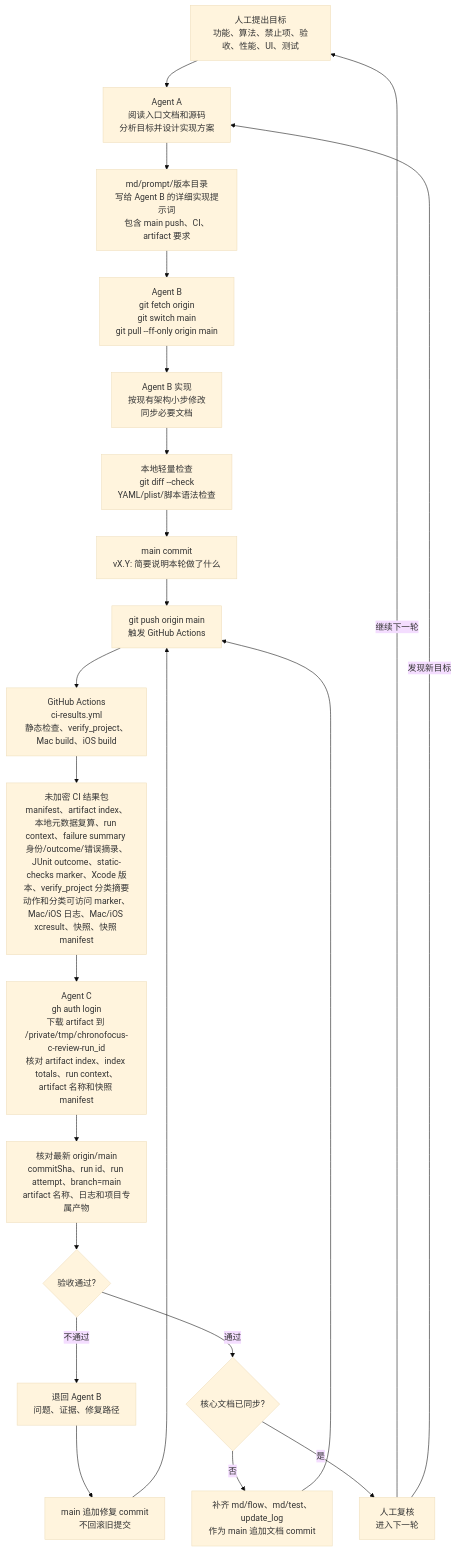
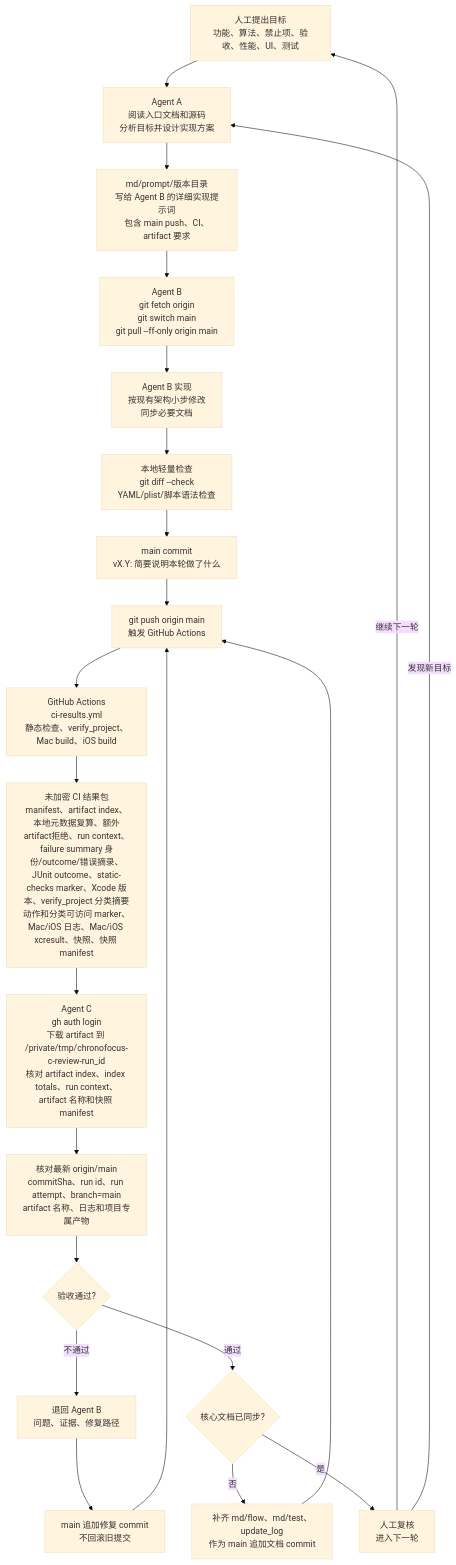
One commit to Altman-sam114/114 changed the fifth of 6 diagrams in md/flow/flowchart.md. Above: the diagram before and after it, drawn with Mermaid (base theme). The commit also changed other lines of this file and 7 other files, not shown here.

````diff
--- a/md/flow/flowchart.md
+++ b/md/flow/flowchart.md
@@ -102,24 +102,24 @@
 ```mermaid
 flowchart TD
   H["人工提出目标<br/>功能、算法、禁止项、验收、性能、UI、测试"] --> A["Agent A<br/>阅读入口文档和源码<br/>分析目标并设计实现方案"]
   A --> P["md/prompt/版本目录<br/>写给 Agent B 的详细实现提示词<br/>包含 main push、CI、artifact 要求"]
   P --> B0["Agent B<br/>git fetch origin<br/>git switch main<br/>git pull --ff-only origin main"]
   B0 --> B1["Agent B 实现<br/>按现有架构小步修改<br/>同步必要文档"]
   B1 --> L["本地轻量检查<br/>git diff --check<br/>YAML/plist/脚本语法检查"]
   L --> G["main commit<br/>vX.Y: 简要说明本轮做了什么"]
   G --> PUSH["git push origin main<br/>触发 GitHub Actions"]
   PUSH --> CI["GitHub Actions<br/>ci-results.yml<br/>静态检查、verify_project、Mac build、iOS build"]
-  CI --> ART["未加密 CI 结果包<br/>manifest、artifact index、本地元数据复算、run context、failure summary 身份/outcome/错误摘录、JUnit outcome、static-checks marker、Xcode 版本、verify_project 分类摘要动作和分类可访问 marker、Mac/iOS 日志、Mac/iOS xcresult、快照、快照 manifest"]
+  CI --> ART["未加密 CI 结果包<br/>manifest、artifact index、本地元数据复算、额外artifact拒绝、run context、failure summary 身份/outcome/错误摘录、JUnit outcome、static-checks marker、Xcode 版本、verify_project 分类摘要动作和分类可访问 marker、Mac/iOS 日志、Mac/iOS xcresult、快照、快照 manifest"]
   ART --> C["Agent C<br/>gh auth login<br/>下载 artifact 到 /private/tmp/chronofocus-c-review-run_id<br/>核对 artifact index、index totals、run context、artifact 名称和快照 manifest"]
   C --> V["核对最新 origin/main<br/>commitSha、run id、run attempt、branch=main<br/>artifact 名称、日志和项目专属产物"]
   V --> PASS{"验收通过?"}
   PASS -->|不通过| BACK["退回 Agent B<br/>问题、证据、修复路径"]
   BACK --> FIX["main 追加修复 commit<br/>不回滚旧提交"]
   FIX --> PUSH
   PASS -->|通过| DOC{"核心文档已同步?"}
   DOC -->|否| D["补齐 md/flow、md/test、update_log<br/>作为 main 追加文档 commit"]
   D --> PUSH
   DOC -->|是| J["人工复核<br/>进入下一轮"]
   J -->|继续下一轮| H
   J -->|发现新目标| A
 ```
````
